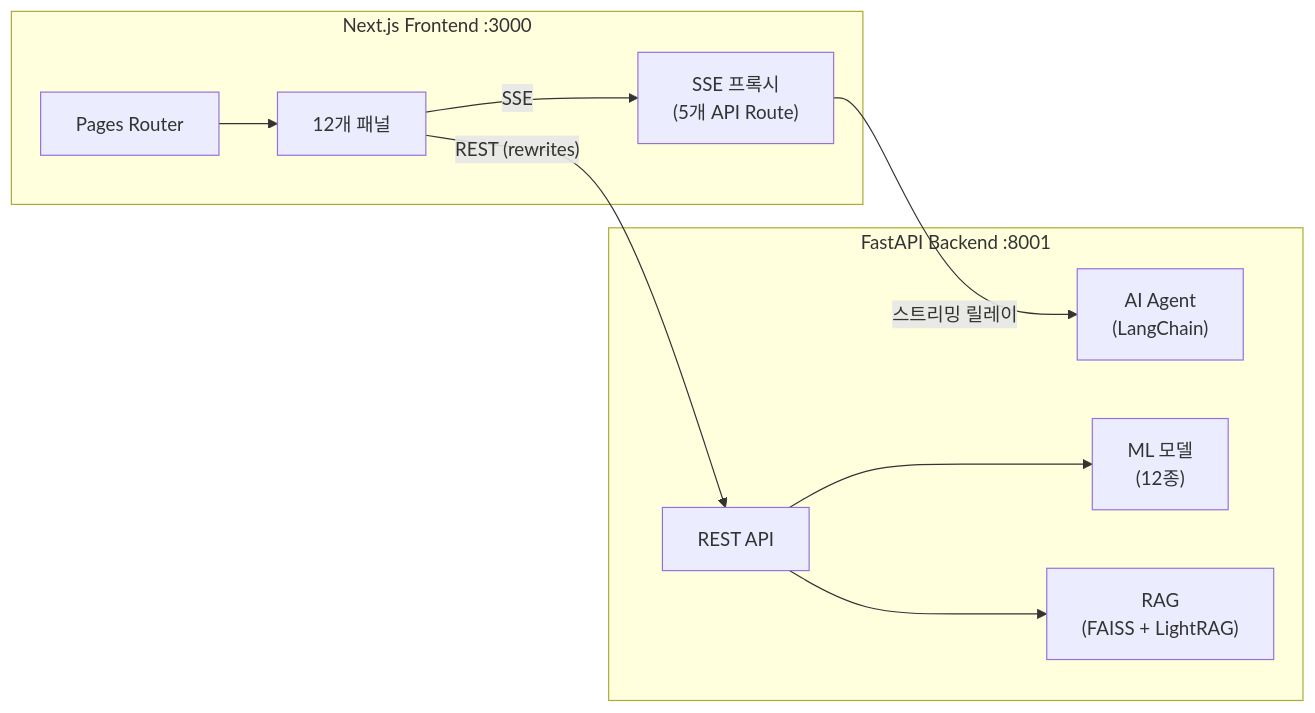
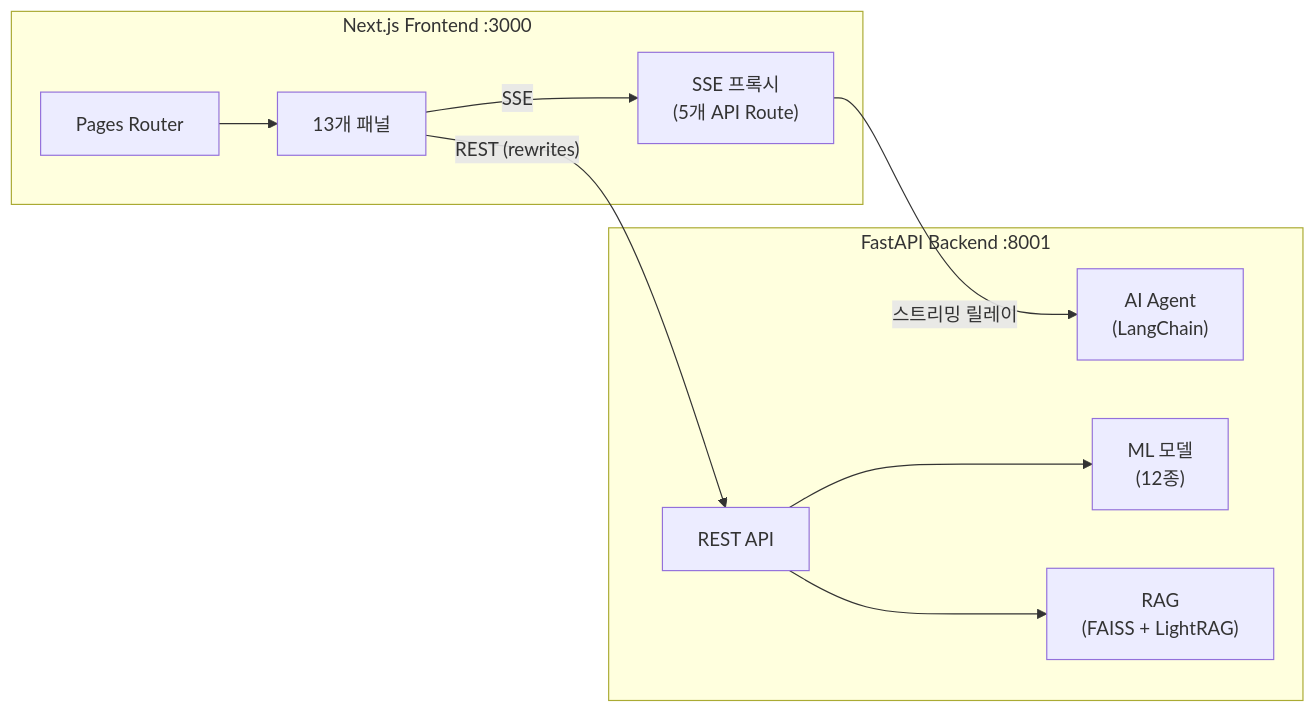
Before and after one commit to ASNGG/cafe24-demo: the first of 15 diagrams in nextjs/README.md, drawn with Mermaid. The commit also changed other lines of this file and 10 other files, not shown here.

````diff
--- a/nextjs/README.md
+++ b/nextjs/README.md
@@ -37,22 +37,22 @@
 ```mermaid
 graph LR
     subgraph Frontend["Next.js Frontend :3000"]
         Pages["Pages Router"]
-        Panels["12개 패널"]
+        Panels["13개 패널"]
         SSEProxy["SSE 프록시<br/>(5개 API Route)"]
     end
 
     subgraph Backend["FastAPI Backend :8001"]
         API["REST API"]
         Agent["AI Agent<br/>(LangChain)"]
         ML["ML 모델<br/>(12종)"]
         RAG["RAG<br/>(FAISS + LightRAG)"]
     end
 
     Pages --> Panels
     Panels -->|"REST (rewrites)"| API
     Panels -->|"SSE"| SSEProxy
     SSEProxy -->|"스트리밍 릴레이"| Agent
     API --> ML
     API --> RAG
 ```
````
